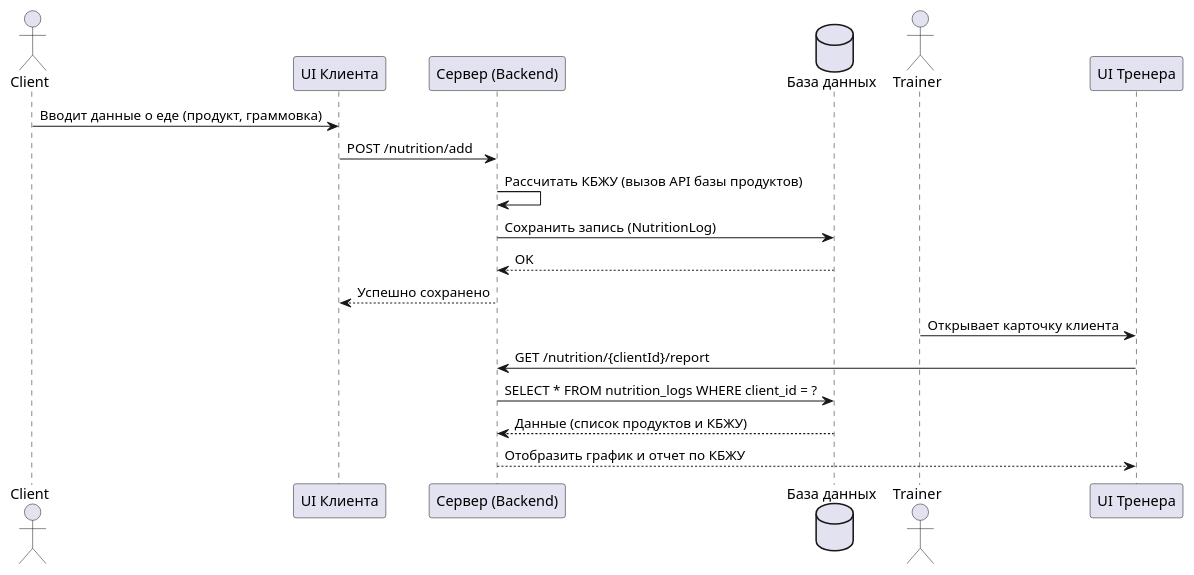
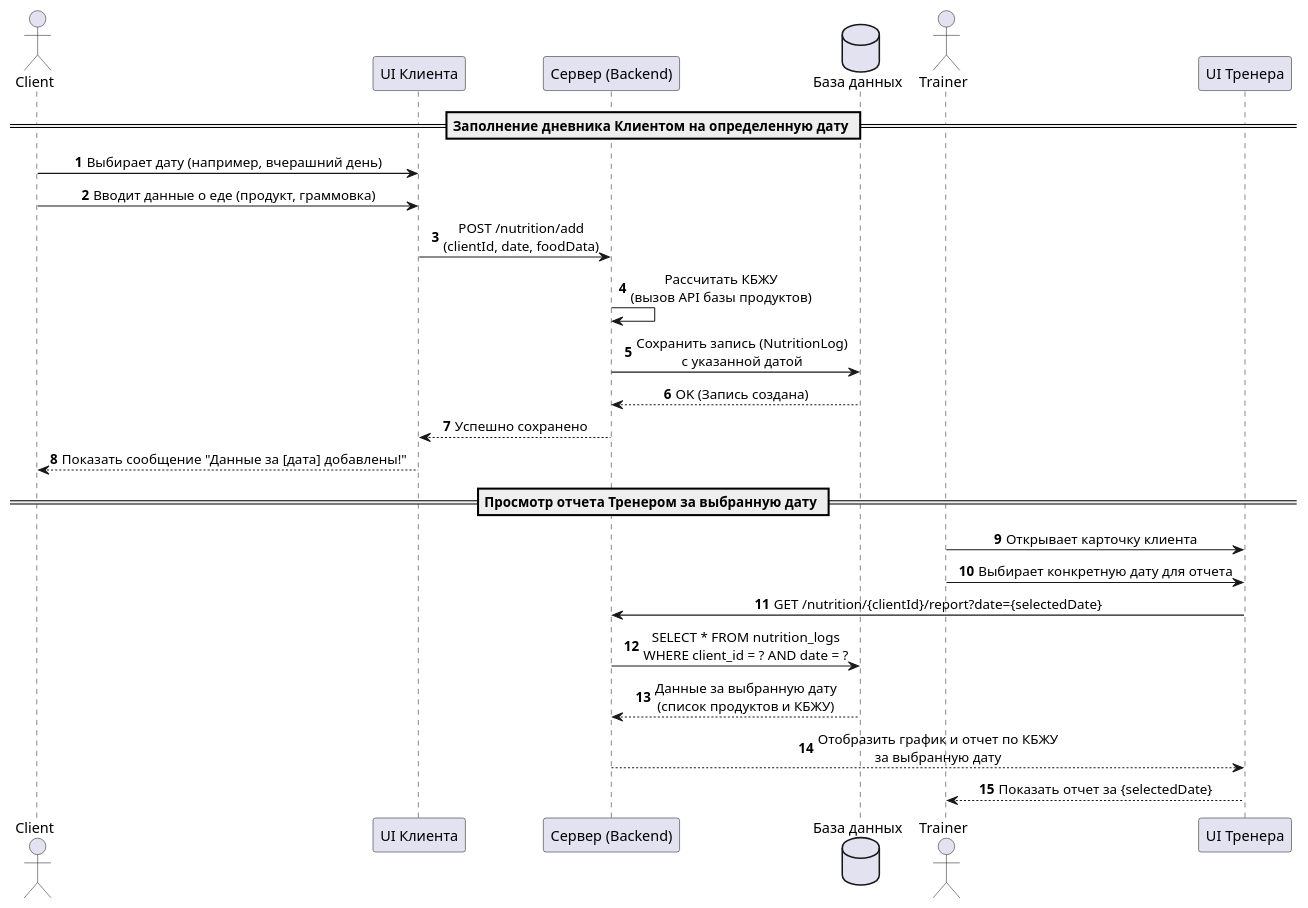
One commit to Vox0n/Programming-tools changed the diagram in Диаграммы/Sequence Diagram.puml. Above: the diagram before and after it, drawn with PlantUML.

Commit message:
Update Sequence Diagram.puml

```diff
--- a/Диаграммы/Sequence Diagram.puml
+++ b/Диаграммы/Sequence Diagram.puml
@@ -1,21 +1,31 @@
 @startuml
+autonumber
+skinparam sequenceMessageAlign center
+
 actor Client
 participant "UI Клиента" as UI_Client
 participant "Сервер (Backend)" as Backend
 database "База данных" as DB
 actor Trainer
 participant "UI Тренера" as UI_Trainer
 
+== Заполнение дневника Клиентом на определенную дату ==
+Client -> UI_Client: Выбирает дату (например, вчерашний день)
 Client -> UI_Client: Вводит данные о еде (продукт, граммовка)
-UI_Client -> Backend: POST /nutrition/add
-Backend -> Backend: Рассчитать КБЖУ (вызов API базы продуктов)
-Backend -> DB: Сохранить запись (NutritionLog)
-DB --> Backend: OK
+UI_Client -> Backend: POST /nutrition/add\n(clientId, date, foodData)
+Backend -> Backend: Рассчитать КБЖУ\n(вызов API базы продуктов)
+Backend -> DB: Сохранить запись (NutritionLog)\nс указанной датой
+DB --> Backend: OK (Запись создана)
 Backend --> UI_Client: Успешно сохранено
+UI_Client --> Client: Показать сообщение "Данные за [дата] добавлены!"
 
+== Просмотр отчета Тренером за выбранную дату ==
 Trainer -> UI_Trainer: Открывает карточку клиента
-UI_Trainer -> Backend: GET /nutrition/{clientId}/report
-Backend -> DB: SELECT * FROM nutrition_logs WHERE client_id = ?
-DB --> Backend: Данные (список продуктов и КБЖУ)
-Backend --> UI_Trainer: Отобразить график и отчет по КБЖУ
+Trainer -> UI_Trainer: Выбирает конкретную дату для отчета
+UI_Trainer -> Backend: GET /nutrition/{clientId}/report?date={selectedDate}
+Backend -> DB: SELECT * FROM nutrition_logs\nWHERE client_id = ? AND date = ?
+DB --> Backend: Данные за выбранную дату\n(список продуктов и КБЖУ)
+Backend --> UI_Trainer: Отобразить график и отчет по КБЖУ\nза выбранную дату
+UI_Trainer --> Trainer: Показать отчет за {selectedDate}
+
 @enduml
```
